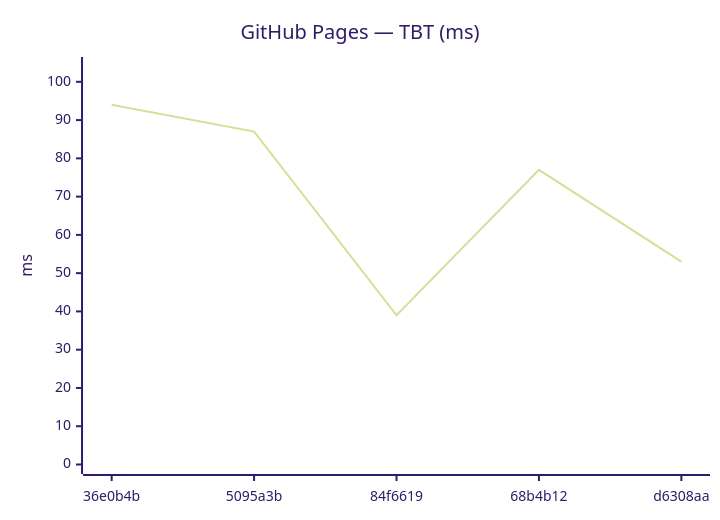
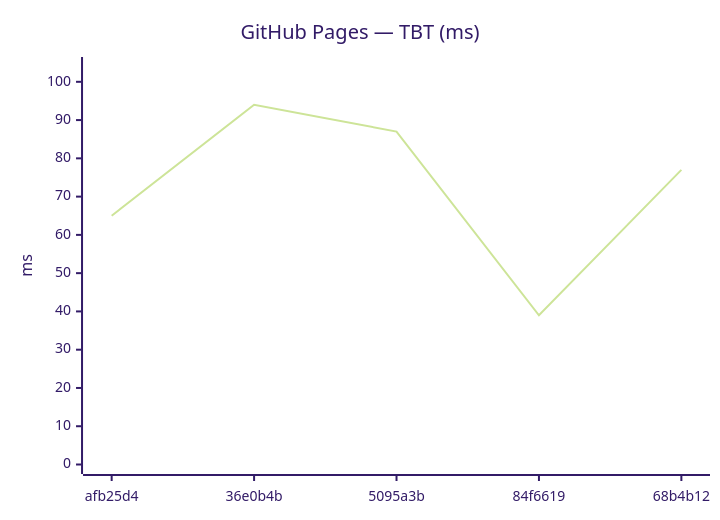
The tenth of 18 diagrams in benchmarks/compare.md (Metaheurist/Rianell), drawn with Mermaid (forest theme) before and after one commit. The commit also changed other lines of this file and 11 other files, not shown here.

````diff
--- a/benchmarks/compare.md
+++ b/benchmarks/compare.md
@@ -149,7 +149,7 @@
 ```mermaid
 xychart-beta
     title "GitHub Pages — TBT (ms)"
-    x-axis ["36e0b4b", "5095a3b", "84f6619", "68b4b12", "d6308aa"]
+    x-axis ["afb25d4", "36e0b4b", "5095a3b", "84f6619", "68b4b12"]
     y-axis "ms" 0 --> 104
-    line [94, 87, 39, 77, 53]
+    line [65, 94, 87, 39, 77]
 ```
````
